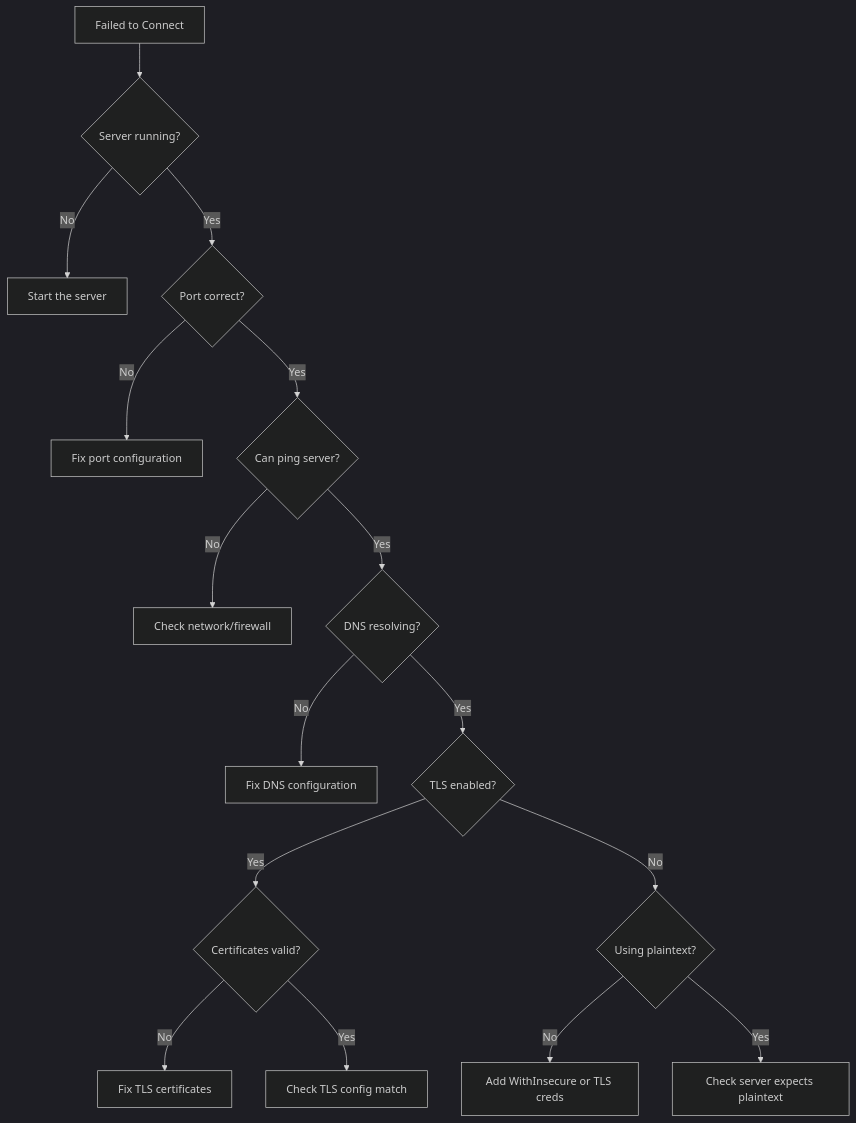
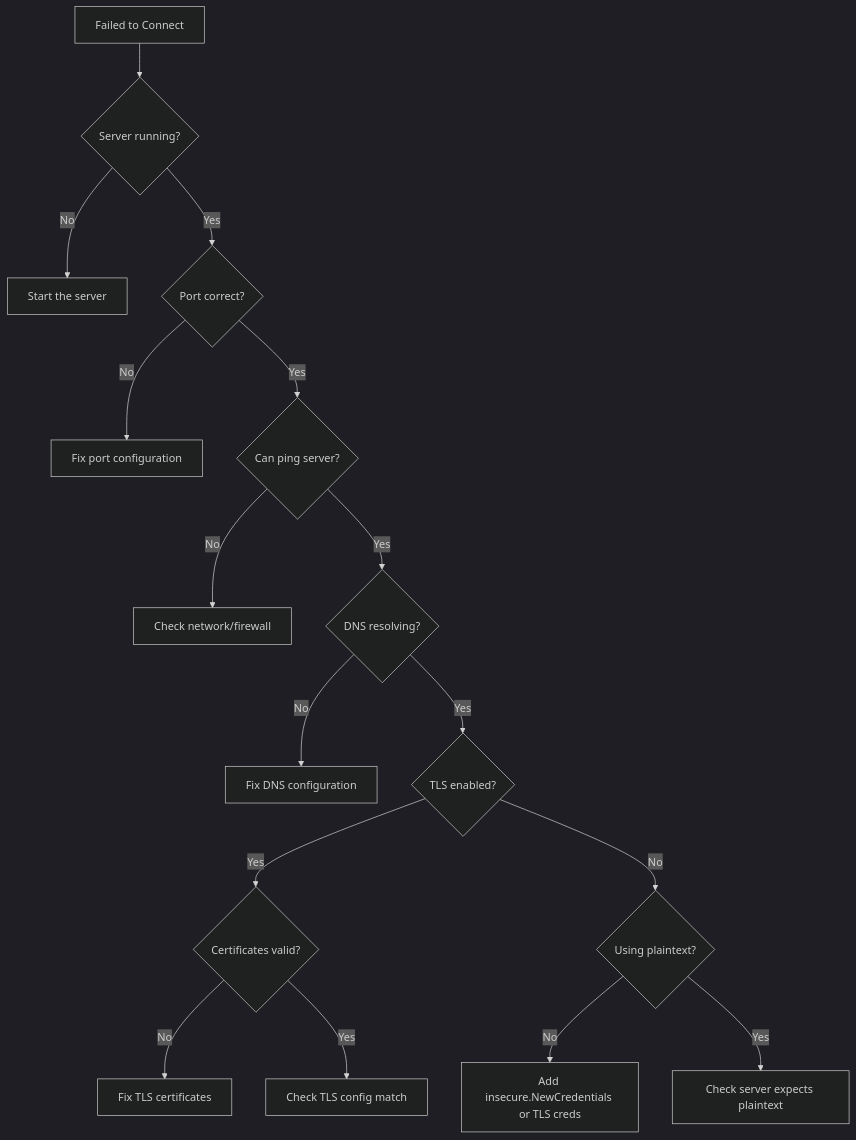
One commit to OneUptime/blog changed the fourth of 4 diagrams in posts/2026-01-24-grpc-failed-to-connect-errors/README.md. Above: the diagram before and after it, drawn with Mermaid (dark theme). The commit also changed other lines of this file and 2 other files, not shown here.

````diff
--- a/posts/2026-01-24-grpc-failed-to-connect-errors/README.md
+++ b/posts/2026-01-24-grpc-failed-to-connect-errors/README.md
@@ -640,23 +674,23 @@
 ```mermaid
 flowchart TD
     A[Failed to Connect] --> B{Server running?}
     B -->|No| C[Start the server]
     B -->|Yes| D{Port correct?}
 
     D -->|No| E[Fix port configuration]
     D -->|Yes| F{Can ping server?}
 
     F -->|No| G[Check network/firewall]
     F -->|Yes| H{DNS resolving?}
 
     H -->|No| I[Fix DNS configuration]
     H -->|Yes| J{TLS enabled?}
 
     J -->|Yes| K{Certificates valid?}
     K -->|No| L[Fix TLS certificates]
     K -->|Yes| M[Check TLS config match]
 
     J -->|No| N{Using plaintext?}
-    N -->|No| O[Add WithInsecure or TLS creds]
+    N -->|No| O[Add insecure.NewCredentials or TLS creds]
     N -->|Yes| P[Check server expects plaintext]
 ```
````
